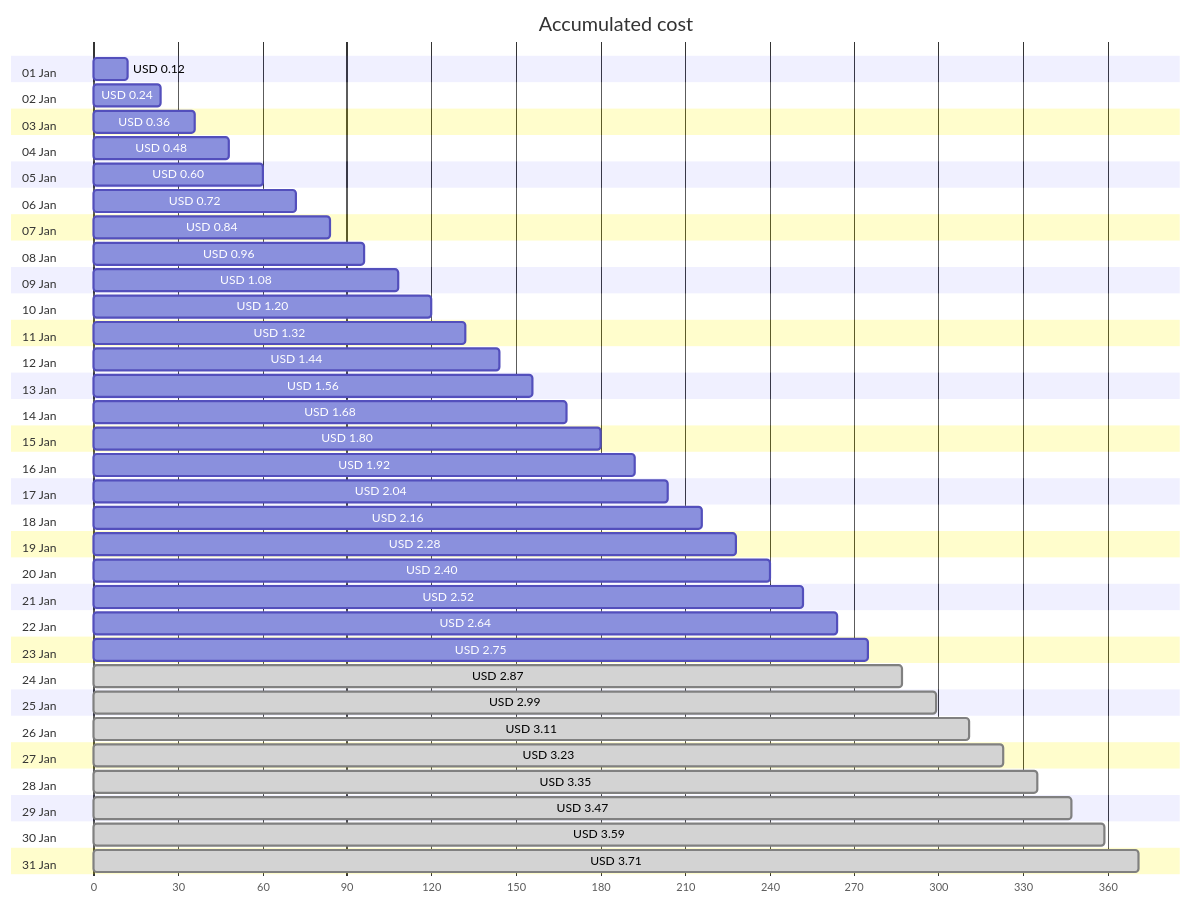
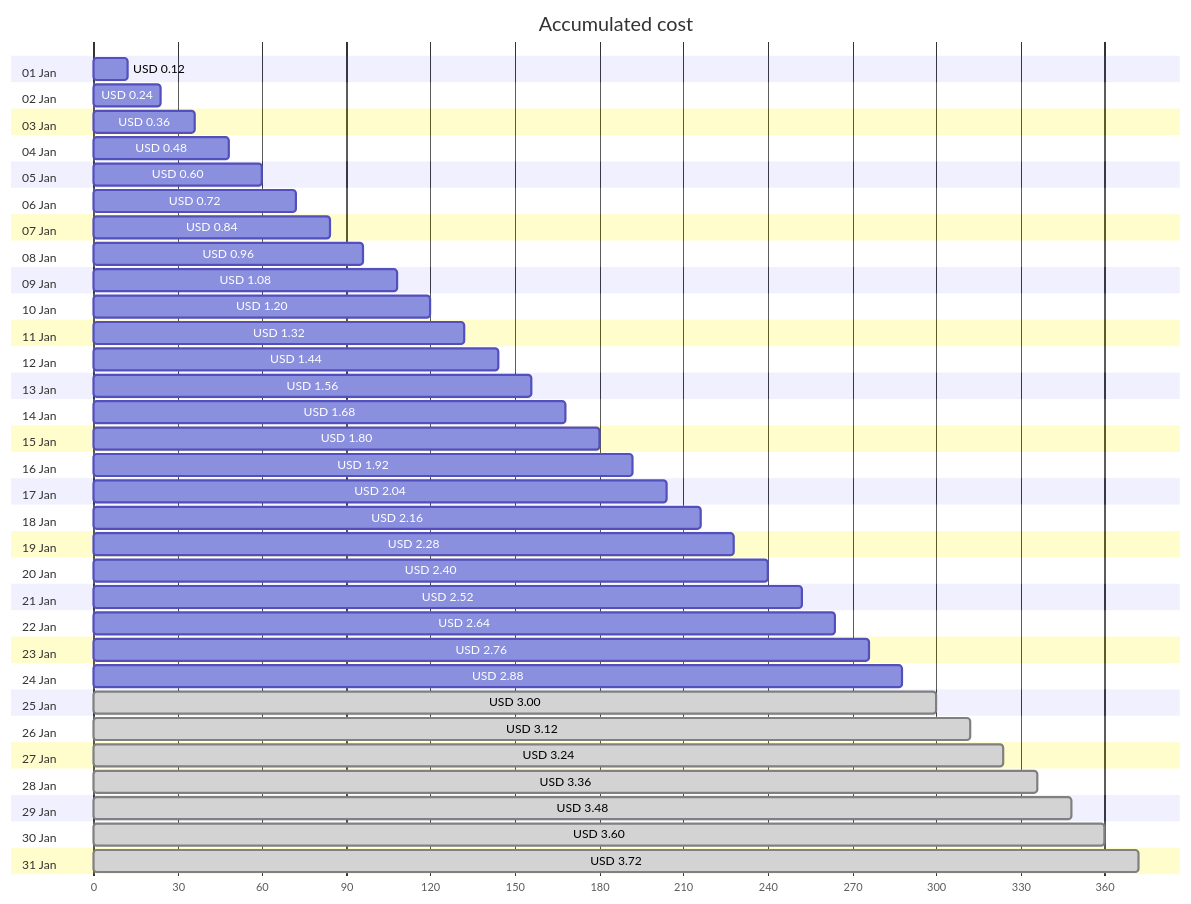
The first of 4 diagrams in cost-reports/personal-network/backup-server-public-ip.md (jpfulton/azure-personal-reports), drawn with Mermaid before and after one commit. The commit also changed other lines of this file and 8 other files, not shown here.

````diff
--- a/cost-reports/personal-network/backup-server-public-ip.md
+++ b/cost-reports/personal-network/backup-server-public-ip.md
@@ -20,68 +20,68 @@
 ```mermaid
 gantt
    title Accumulated cost
    dateFormat  X
    axisFormat %s
    section 01 Jan
    USD 0.12 :0, 12
    section 02 Jan
    USD 0.24 :0, 24
    section 03 Jan
    USD 0.36 :0, 36
    section 04 Jan
    USD 0.48 :0, 48
    section 05 Jan
    USD 0.60 :0, 60
    section 06 Jan
    USD 0.72 :0, 72
    section 07 Jan
    USD 0.84 :0, 84
    section 08 Jan
    USD 0.96 :0, 96
    section 09 Jan
    USD 1.08 :0, 108
    section 10 Jan
    USD 1.20 :0, 120
    section 11 Jan
    USD 1.32 :0, 132
    section 12 Jan
    USD 1.44 :0, 144
    section 13 Jan
    USD 1.56 :0, 156
    section 14 Jan
    USD 1.68 :0, 168
    section 15 Jan
    USD 1.80 :0, 180
    section 16 Jan
    USD 1.92 :0, 192
    section 17 Jan
    USD 2.04 :0, 204
    section 18 Jan
    USD 2.16 :0, 216
    section 19 Jan
    USD 2.28 :0, 228
    section 20 Jan
    USD 2.40 :0, 240
    section 21 Jan
    USD 2.52 :0, 252
    section 22 Jan
    USD 2.64 :0, 264
    section 23 Jan
-   USD 2.75 :0, 275
+   USD 2.76 :0, 276
    section 24 Jan
-   USD 2.87 : done, 0, 287
+   USD 2.88 :0, 288
    section 25 Jan
-   USD 2.99 : done, 0, 299
+   USD 3.00 : done, 0, 300
    section 26 Jan
-   USD 3.11 : done, 0, 311
+   USD 3.12 : done, 0, 312
    section 27 Jan
-   USD 3.23 : done, 0, 323
+   USD 3.24 : done, 0, 324
    section 28 Jan
-   USD 3.35 : done, 0, 335
+   USD 3.36 : done, 0, 336
    section 29 Jan
-   USD 3.47 : done, 0, 347
+   USD 3.48 : done, 0, 348
    section 30 Jan
-   USD 3.59 : done, 0, 359
+   USD 3.60 : done, 0, 360
    section 31 Jan
-   USD 3.71 : done, 0, 371
+   USD 3.72 : done, 0, 372
 ```
````
